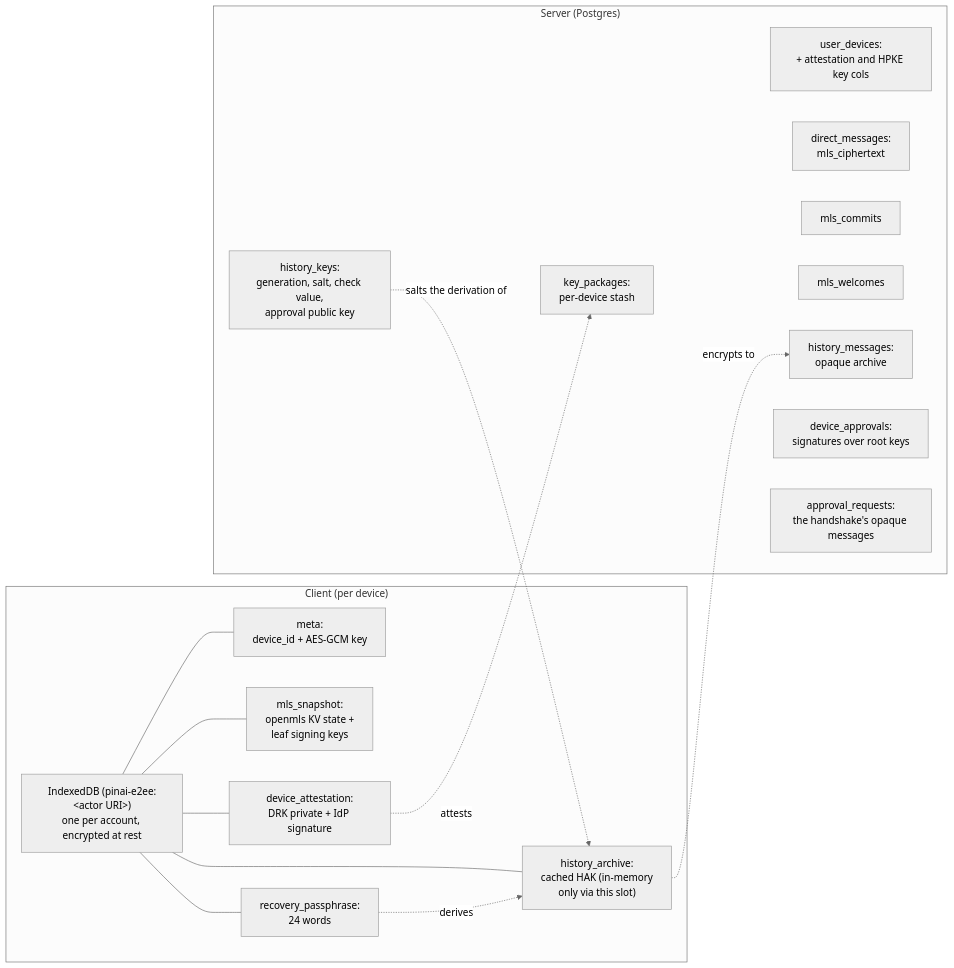
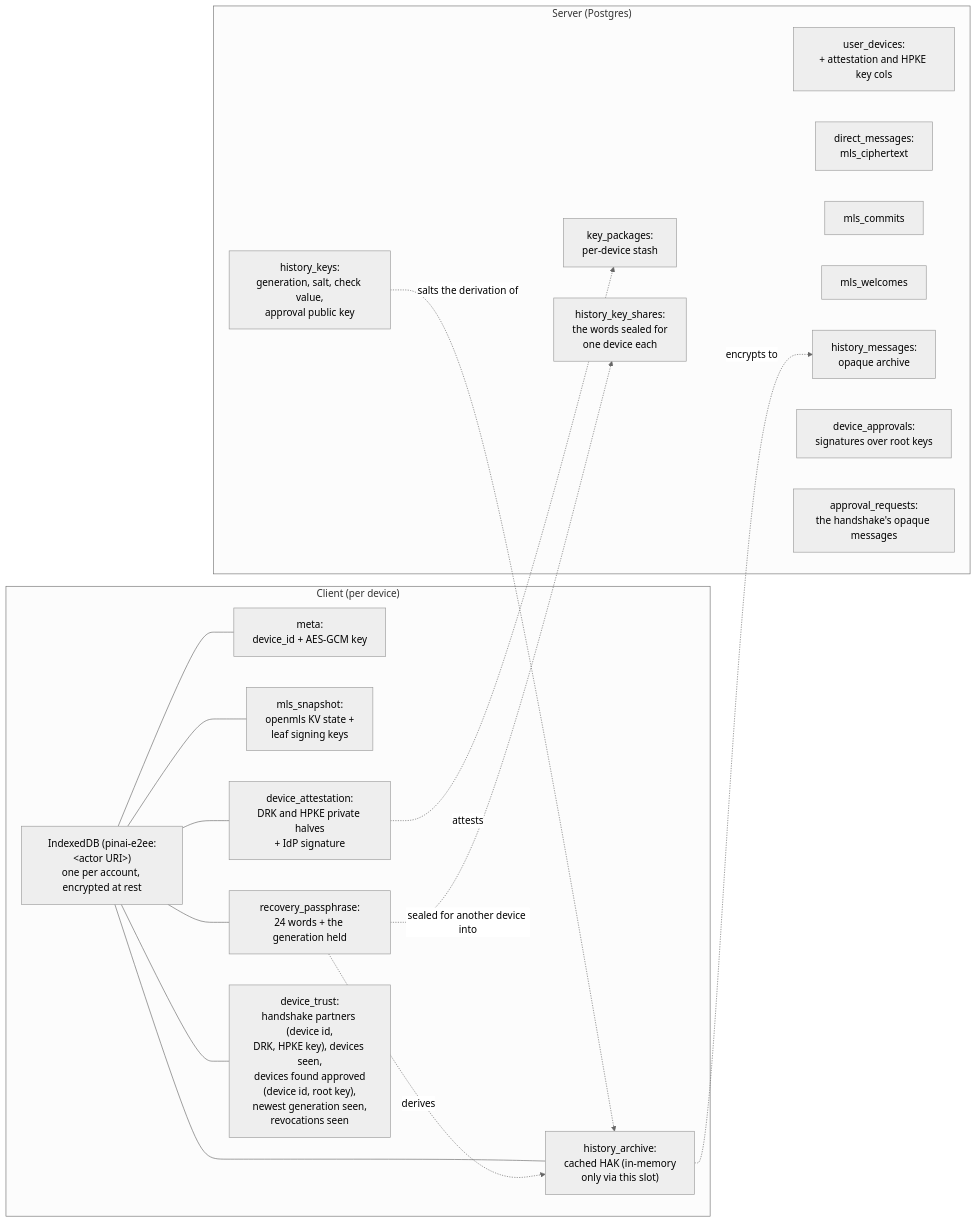
One commit to Pina-i/pinai changed diagram 18 of 18 in identity-provider/specs/e2ee.md. Above: the diagram before and after it, drawn with Mermaid (neutral theme). The commit also changed other lines of this file and 42 other files, not shown here.

````diff
--- a/identity-provider/specs/e2ee.md
+++ b/identity-provider/specs/e2ee.md
@@ -1236,26 +1697,29 @@
 ```mermaid
 flowchart LR
     subgraph client ["Client (per device)"]
         IDB["IndexedDB (pinai-e2ee:#lt;actor URI#gt;)<br/>one per account, encrypted at rest"]
         IDB --- meta["meta:<br/>device_id + AES-GCM key"]
         IDB --- ident["mls_snapshot:<br/>openmls KV state +<br/>leaf signing keys"]
-        IDB --- att["device_attestation:<br/>DRK private + IdP signature"]
-        IDB --- pass["recovery_passphrase:<br/>24 words"]
+        IDB --- att["device_attestation:<br/>DRK and HPKE private halves<br/>+ IdP signature"]
+        IDB --- pass["recovery_passphrase:<br/>24 words + the generation held"]
+        IDB --- trust["device_trust:<br/>handshake partners (device id,<br/>DRK, HPKE key), devices seen,<br/>devices found approved<br/>(device id, root key),<br/>newest generation seen,<br/>revocations seen"]
         IDB --- hist["history_archive:<br/>cached HAK (in-memory<br/>only via this slot)"]
     end
     subgraph server ["Server (Postgres)"]
         UD["user_devices:<br/>+ attestation and HPKE key cols"]
         KP["key_packages:<br/>per-device stash"]
         DM["direct_messages:<br/>mls_ciphertext"]
         MC["mls_commits"]
         MW["mls_welcomes"]
         HM["history_messages:<br/>opaque archive"]
         HK["history_keys:<br/>generation, salt, check value,<br/>approval public key"]
         DA["device_approvals:<br/>signatures over root keys"]
         AR["approval_requests:<br/>the handshake's opaque messages"]
+        KS["history_key_shares:<br/>the words sealed for<br/>one device each"]
     end
     att -.->|attests| KP
     pass -.->|derives| hist
     hist -.->|encrypts to| HM
     HK -.->|salts the derivation of| hist
+    pass -.->|sealed for another device into| KS
 ```
````
